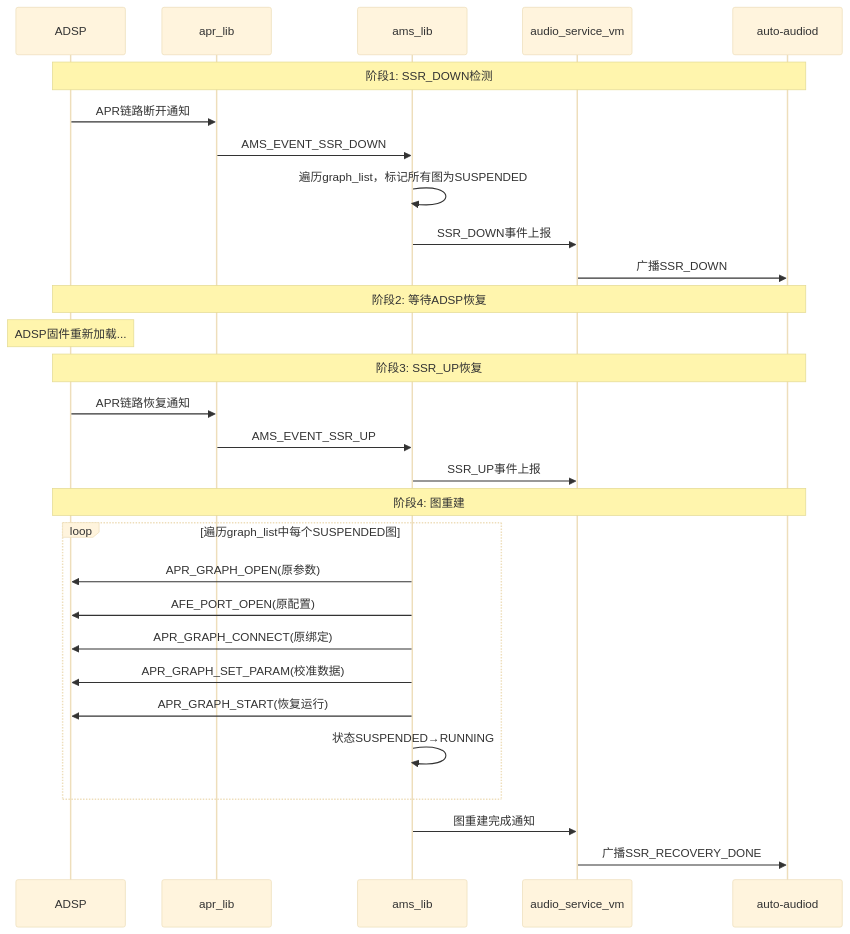
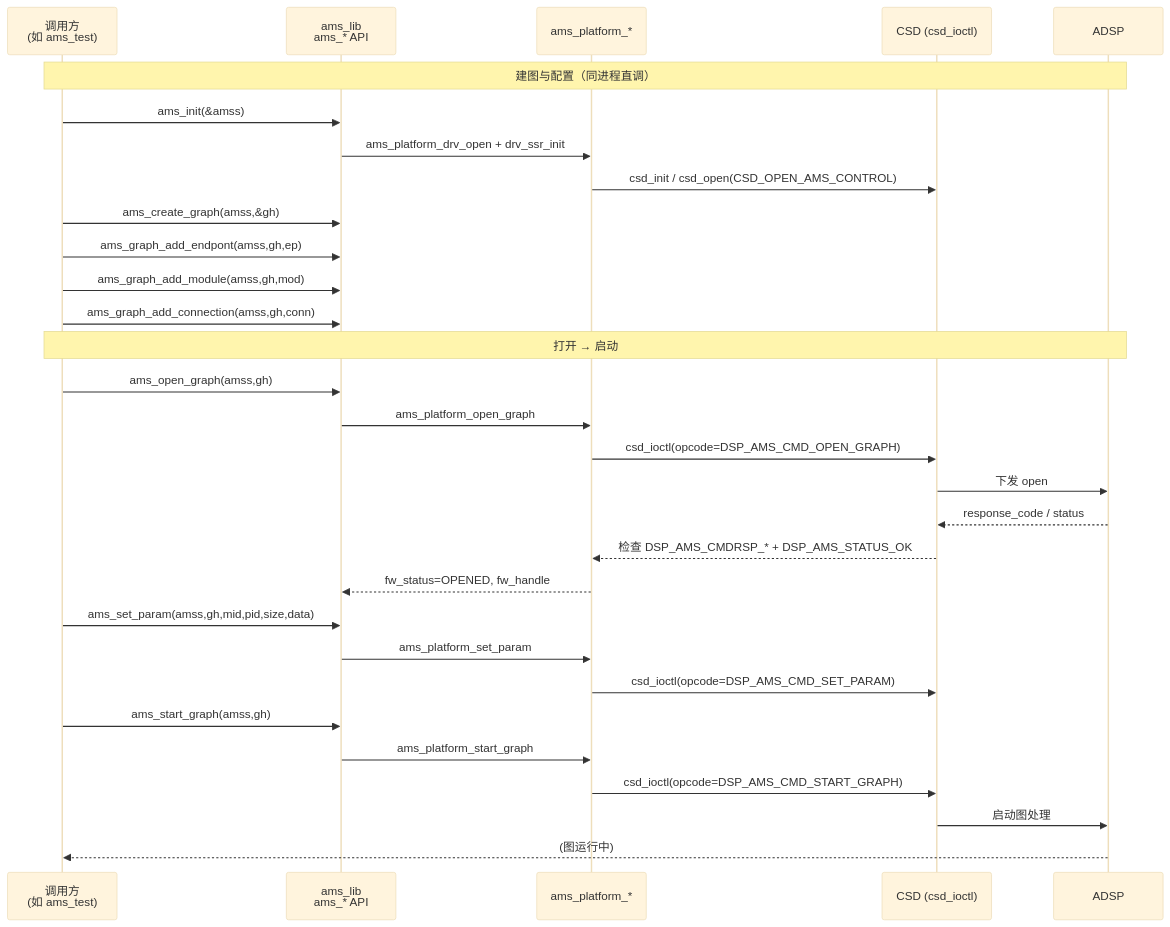
The ninth of 10 diagrams in 16_Vendor_QNX_Architecture/16_16.18_QNX_ams_lib_音频管理服务库.md (yanglinzhen1022/SA8295_AAOS_QNX_Audio_KnowledgeBase), drawn with Mermaid (base theme) before and after one commit. The commit also changed other lines of this file and 48 other files, not shown here.

````diff
--- a/16_Vendor_QNX_Architecture/16_16.18_QNX_ams_lib_音频管理服务库.md
+++ b/16_Vendor_QNX_Architecture/16_16.18_QNX_ams_lib_音频管理服务库.md
@@ -782,36 +748,37 @@
 ```mermaid
 sequenceDiagram
+    participant caller as 调用方<br/>(如 ams_test)
+    participant ams as ams_lib<br/>ams_* API
+    participant plat as ams_platform_*
+    participant csd as CSD (csd_ioctl)
     participant adsp as ADSP
-    participant apr as apr_lib
-    participant ams as ams_lib
-    participant service as audio_service_vm
-    participant audiod as auto-audiod
 
-    Note over adsp,audiod: 阶段1: SSR_DOWN检测
-    adsp->>apr: APR链路断开通知
-    apr->>ams: AMS_EVENT_SSR_DOWN
-    ams->>ams: 遍历graph_list，标记所有图为SUSPENDED
-    ams->>service: SSR_DOWN事件上报
-    service->>audiod: 广播SSR_DOWN
+    Note over caller,adsp: 建图与配置（同进程直调）
+    caller->>ams: ams_init(&amss)
+    ams->>plat: ams_platform_drv_open + drv_ssr_init
+    plat->>csd: csd_init / csd_open(CSD_OPEN_AMS_CONTROL)
 
-    Note over adsp,audiod: 阶段2: 等待ADSP恢复
-    Note over adsp: ADSP固件重新加载...
+    caller->>ams: ams_create_graph(amss,&gh)
+    caller->>ams: ams_graph_add_endpont(amss,gh,ep)
+    caller->>ams: ams_graph_add_module(amss,gh,mod)
+    caller->>ams: ams_graph_add_connection(amss,gh,conn)
 
-    Note over adsp,audiod: 阶段3: SSR_UP恢复
-    adsp->>apr: APR链路恢复通知
-    apr->>ams: AMS_EVENT_SSR_UP
-    ams->>service: SSR_UP事件上报
+    Note over caller,adsp: 打开 → 启动
+    caller->>ams: ams_open_graph(amss,gh)
+    ams->>plat: ams_platform_open_graph
+    plat->>csd: csd_ioctl(opcode=DSP_AMS_CMD_OPEN_GRAPH)
+    csd->>adsp: 下发 open
+    adsp-->>csd: response_code / status
+    csd-->>plat: 检查 DSP_AMS_CMDRSP_* + DSP_AMS_STATUS_OK
+    plat-->>ams: fw_status=OPENED, fw_handle
 
-    Note over adsp,audiod: 阶段4: 图重建
-    loop 遍历graph_list中每个SUSPENDED图
-        ams->>adsp: APR_GRAPH_OPEN(原参数)
-        ams->>adsp: AFE_PORT_OPEN(原配置)
-        ams->>adsp: APR_GRAPH_CONNECT(原绑定)
-        ams->>adsp: APR_GRAPH_SET_PARAM(校准数据)
-        ams->>adsp: APR_GRAPH_START(恢复运行)
-        ams->>ams: 状态SUSPENDED→RUNNING
-    end
+    caller->>ams: ams_set_param(amss,gh,mid,pid,size,data)
+    ams->>plat: ams_platform_set_param
+    plat->>csd: csd_ioctl(opcode=DSP_AMS_CMD_SET_PARAM)
 
-    ams->>service: 图重建完成通知
-    service->>audiod: 广播SSR_RECOVERY_DONE
+    caller->>ams: ams_start_graph(amss,gh)
+    ams->>plat: ams_platform_start_graph
+    plat->>csd: csd_ioctl(opcode=DSP_AMS_CMD_START_GRAPH)
+    csd->>adsp: 启动图处理
+    adsp-->>caller: (图运行中)
 ```
````
